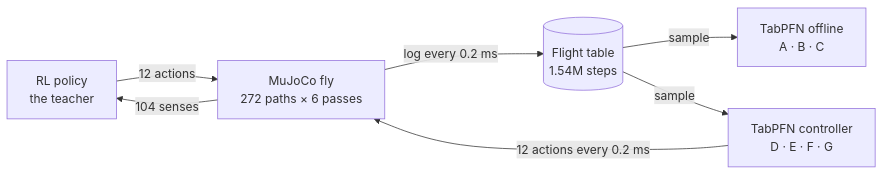
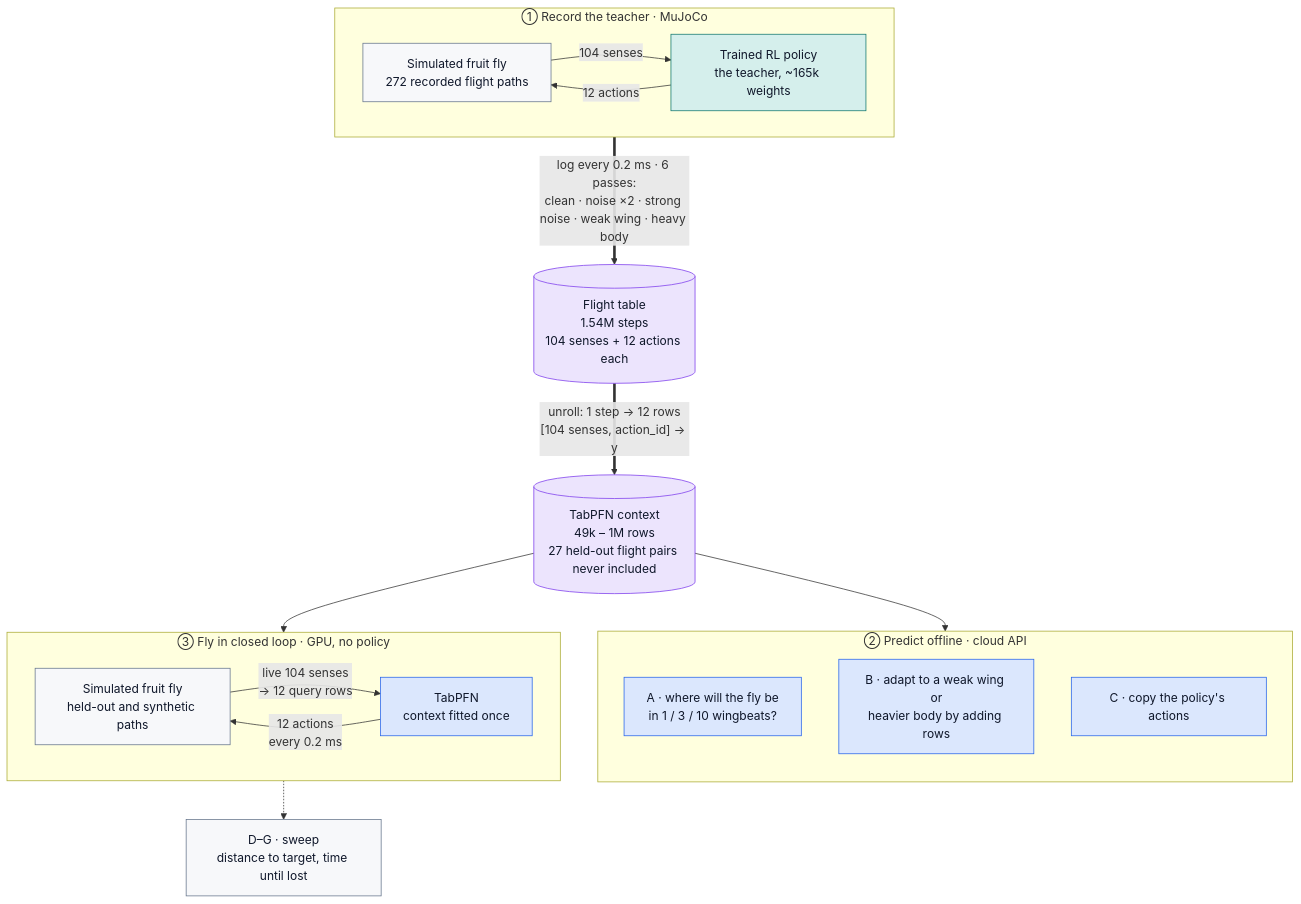
One commit to Jaseelkt007/priorlab_berlin_hack changed the diagram in fly/README.md. Above: the diagram before and after it, drawn with Mermaid. The commit also changed other lines of this file and 1 other file, not shown here.

Commit message:
Fly README: demo GIF of TabPFN flying the tight curve, clearer how-it-works flowchart

````diff
--- a/fly/README.md
+++ b/fly/README.md
@@ -62,9 +66,37 @@
 ```mermaid
-flowchart LR
-  P[RL policy<br/>the teacher] -- 12 actions --> M[MuJoCo fly<br/>272 paths × 6 passes]
-  M -- 104 senses --> P
-  M -- log every 0.2 ms --> T[(Flight table<br/>1.54M steps)]
-  T -- sample --> O[TabPFN offline<br/>A · B · C]
-  T -- sample --> C[TabPFN controller<br/>D · E · F · G]
-  C -- 12 actions every 0.2 ms --> M
+flowchart TB
+  subgraph REC["① Record the teacher · MuJoCo"]
+    direction LR
+    FLY1["Simulated fruit fly<br/>272 recorded flight paths"] -- "104 senses" --> POL["Trained RL policy<br/>the teacher, ~165k weights"]
+    POL -- "12 actions" --> FLY1
+  end
+
+  REC == "log every 0.2 ms · 6 passes:<br/>clean · noise ×2 · strong noise · weak wing · heavy body" ==> TAB[("Flight table<br/>1.54M steps<br/>104 senses + 12 actions each")]
+  TAB == "unroll: 1 step → 12 rows<br/>[104 senses, action_id] → y" ==> CTX[("TabPFN context<br/>49k – 1M rows<br/>27 held-out flight pairs never included")]
+
+  subgraph OFF["② Predict offline · cloud API"]
+    direction TB
+    A["A · where will the fly be<br/>in 1 / 3 / 10 wingbeats?"]
+    B["B · adapt to a weak wing or<br/>heavier body by adding rows"]
+    C["C · copy the policy's actions"]
+  end
+
+  subgraph LOOP["③ Fly in closed loop · GPU, no policy"]
+    direction LR
+    FLY2["Simulated fruit fly<br/>held-out and synthetic paths"] -- "live 104 senses<br/>→ 12 query rows" --> TP["TabPFN<br/>context fitted once"]
+    TP -- "12 actions<br/>every 0.2 ms" --> FLY2
+  end
+
+  CTX --> OFF
+  CTX --> LOOP
+  LOOP -.-> R["D–G · sweep<br/>distance to target, time until lost"]
+
+  classDef teacher fill:#d5efec,stroke:#0f766e,color:#0f172a
+  classDef tabpfn fill:#dbe7fd,stroke:#2563eb,color:#0f172a
+  classDef data fill:#ece4fd,stroke:#7c3aed,color:#0f172a
+  classDef sim fill:#f7f8fa,stroke:#64748b,color:#0f172a
+  class POL teacher
+  class TP,A,B,C tabpfn
+  class TAB,CTX data
+  class FLY1,FLY2,R sim
 ```
````
